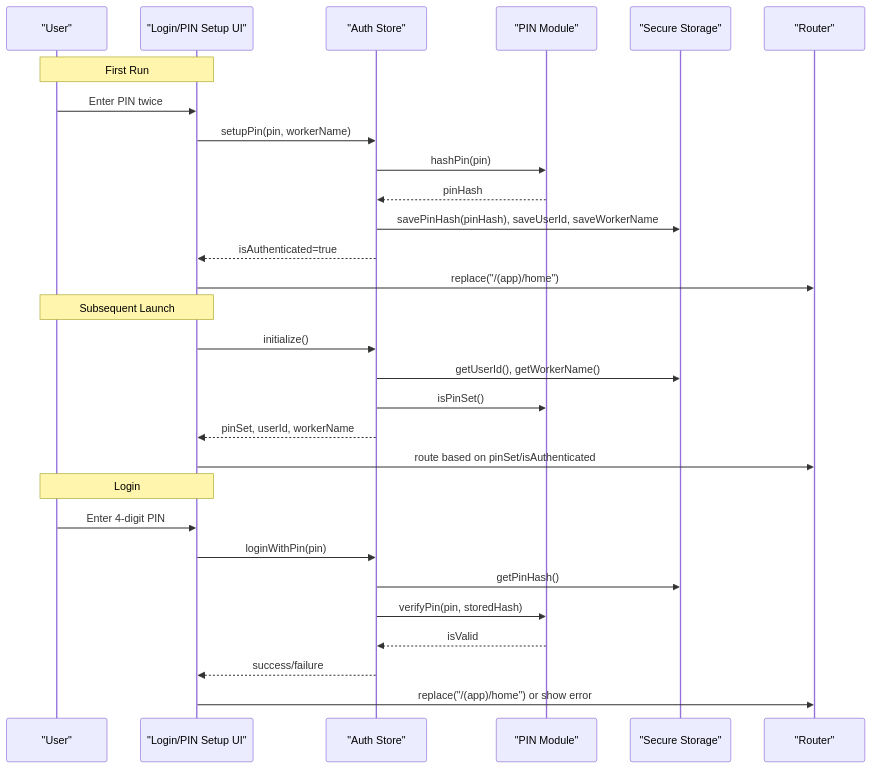
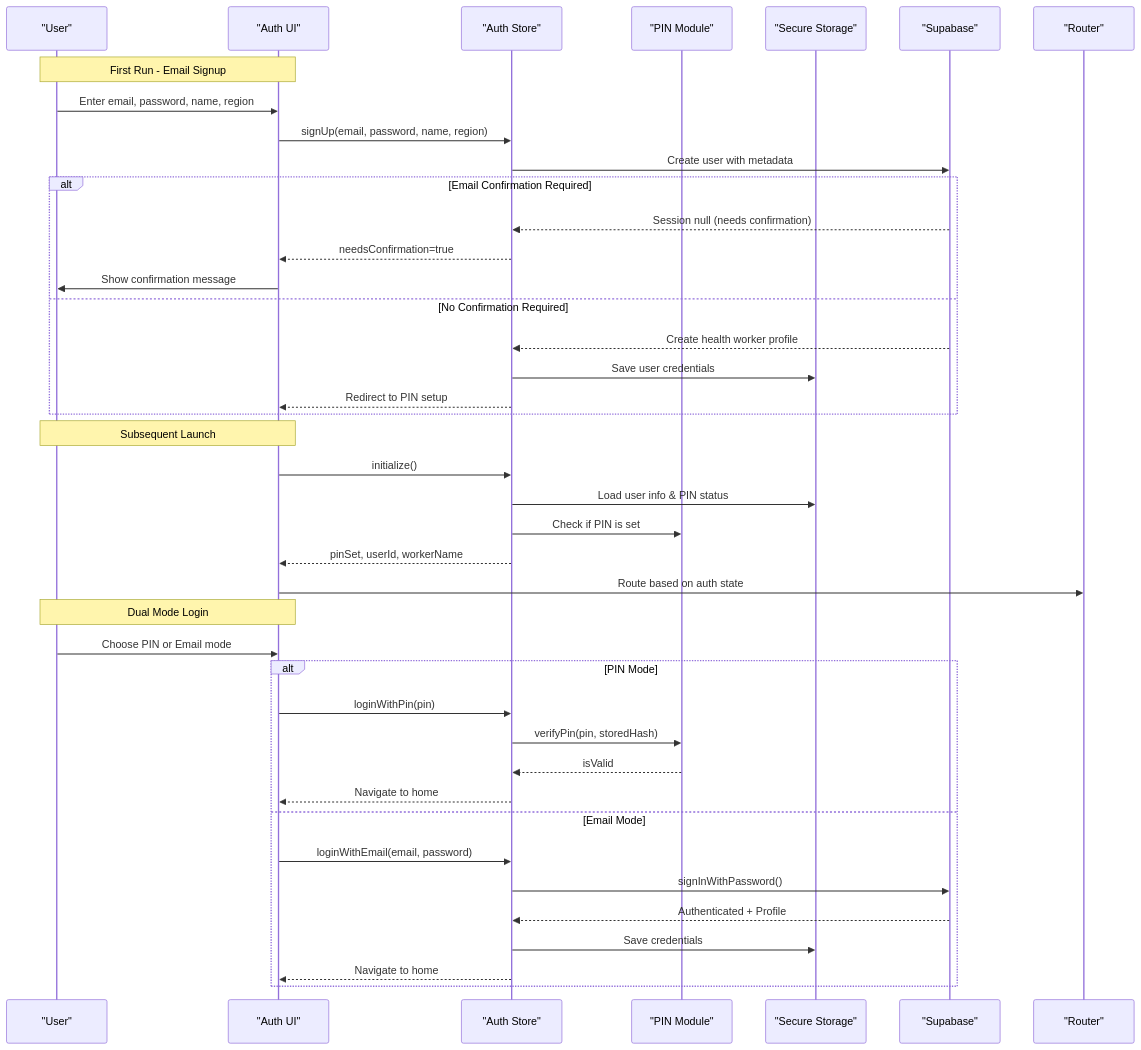
Before and after one commit to AdeelTahir-SE/DermSight: the second of 7 diagrams in .qoder/repowiki/en/content/Authentication System/Authentication System.md, drawn with Mermaid. The commit also changed other lines of this file and 43 other files, not shown here.

````diff
--- a/.qoder/repowiki/en/content/Authentication System/Authentication System.md
+++ b/.qoder/repowiki/en/content/Authentication System/Authentication System.md
@@ -115,31 +144,43 @@
 ```mermaid
 sequenceDiagram
 participant User as "User"
-participant UI as "Login/PIN Setup UI"
+participant UI as "Auth UI"
 participant Store as "Auth Store"
 participant PIN as "PIN Module"
 participant Sec as "Secure Storage"
+participant Supa as "Supabase"
 participant Router as "Router"
-Note over User,UI : First Run
-User->>UI : Enter PIN twice
-UI->>Store : setupPin(pin, workerName)
-Store->>PIN : hashPin(pin)
-PIN-->>Store : pinHash
-Store->>Sec : savePinHash(pinHash), saveUserId, saveWorkerName
-Store-->>UI : isAuthenticated=true
-UI->>Router : replace("/(app)/home")
+Note over User,UI : First Run - Email Signup
+User->>UI : Enter email, password, name, region
+UI->>Store : signUp(email, password, name, region)
+Store->>Supa : Create user with metadata
+alt Email Confirmation Required
+Supa-->>Store : Session null (needs confirmation)
+Store-->>UI : needsConfirmation=true
+UI->>User : Show confirmation message
+else No Confirmation Required
+Supa-->>Store : Create health worker profile
+Store->>Sec : Save user credentials
+Store-->>UI : Redirect to PIN setup
+end
 Note over User,UI : Subsequent Launch
 UI->>Store : initialize()
-Store->>Sec : getUserId(), getWorkerName()
-Store->>PIN : isPinSet()
+Store->>Sec : Load user info & PIN status
+Store->>PIN : Check if PIN is set
 Store-->>UI : pinSet, userId, workerName
-UI->>Router : route based on pinSet/isAuthenticated
-Note over User,UI : Login
-User->>UI : Enter 4-digit PIN
+UI->>Router : Route based on auth state
+Note over User,UI : Dual Mode Login
+User->>UI : Choose PIN or Email mode
+alt PIN Mode
 UI->>Store : loginWithPin(pin)
-Store->>Sec : getPinHash()
 Store->>PIN : verifyPin(pin, storedHash)
 PIN-->>Store : isValid
-Store-->>UI : success/failure
-UI->>Router : replace("/(app)/home") or show error
+Store-->>UI : Navigate to home
+else Email Mode
+UI->>Store : loginWithEmail(email, password)
+Store->>Supa : signInWithPassword()
+Supa-->>Store : Authenticated + Profile
+Store->>Sec : Save credentials
+Store-->>UI : Navigate to home
+end
 ```
````
